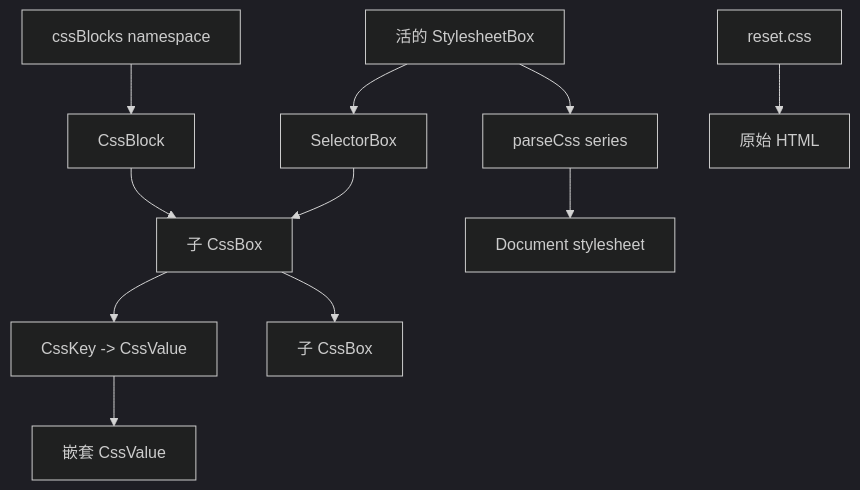
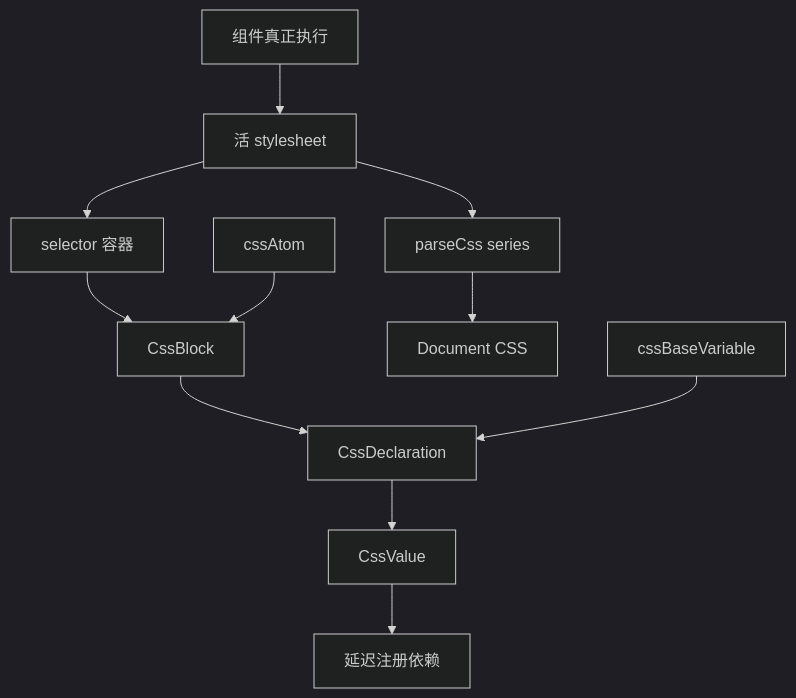
One commit to edsolater/uikit changed the diagram in docs/plans/JSS样式系统.md. Above: the diagram before and after it, drawn with Mermaid (dark theme). The commit also changed other lines of this file and 19 other files, not shown here.

````diff
--- a/docs/plans/JSS样式系统.md
+++ b/docs/plans/JSS样式系统.md
@@ -41,16 +40,13 @@
 ```mermaid
 flowchart TD
-  root[活的 StylesheetBox] --> selector[SelectorBox]
-  selector --> outer[子 CssBox]
-  outer --> pair[CssKey -> CssValue]
-  outer --> child[子 CssBox]
-  pair --> nested[嵌套 CssValue]
-
-  namespace[cssBlocks namespace] --> reusable[CssBlock]
-  reusable --> outer
-
+  runtime[组件真正执行] --> root[活 stylesheet]
+  root --> selector[selector 容器]
+  selector --> block[CssBlock]
+  block --> declaration[CssDeclaration]
+  declaration --> value[CssValue]
+  value --> dependency[延迟注册依赖]
   root --> parser[parseCss series]
-  parser --> document[Document stylesheet]
-
-  reset[reset.css] --> html[原始 HTML]
+  parser --> css[Document CSS]
+  variable[cssBaseVariable] --> declaration
+  atom[cssAtom] --> block
 ```
````
